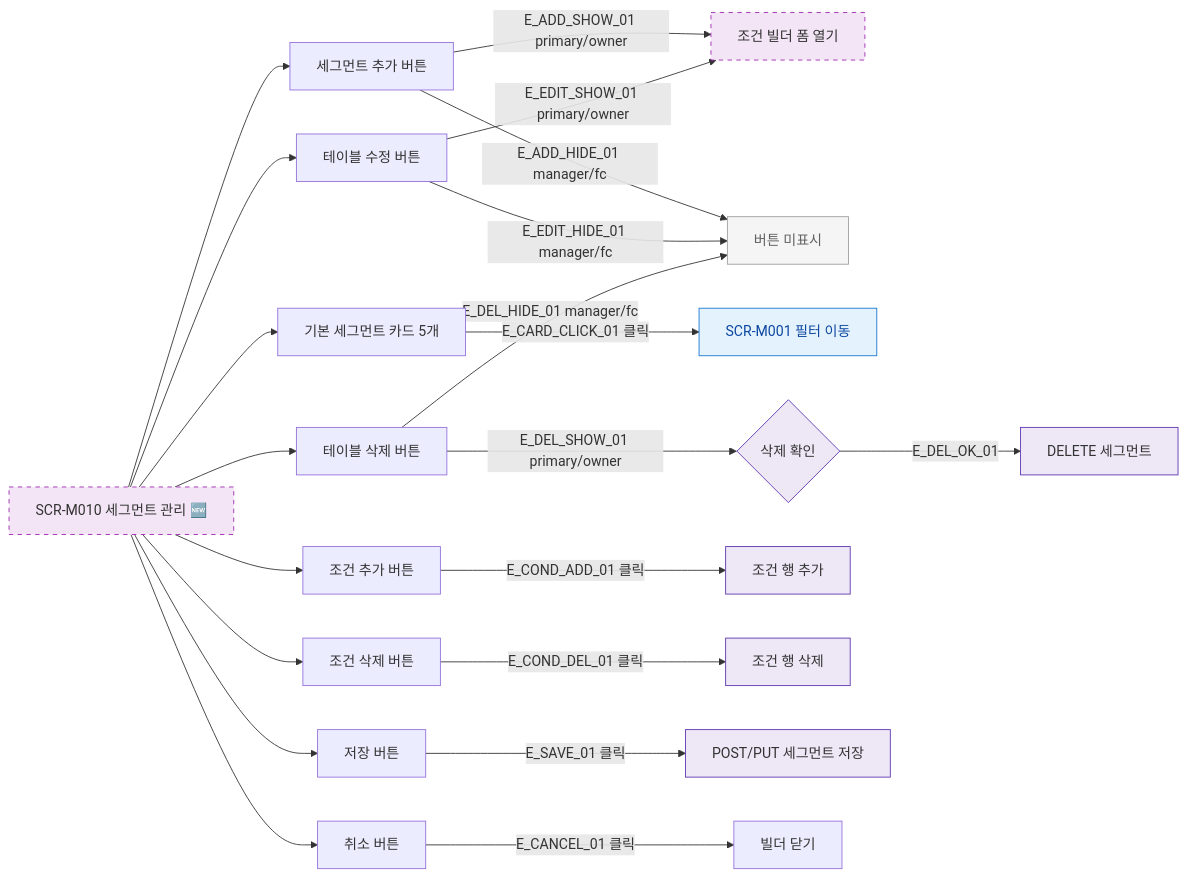
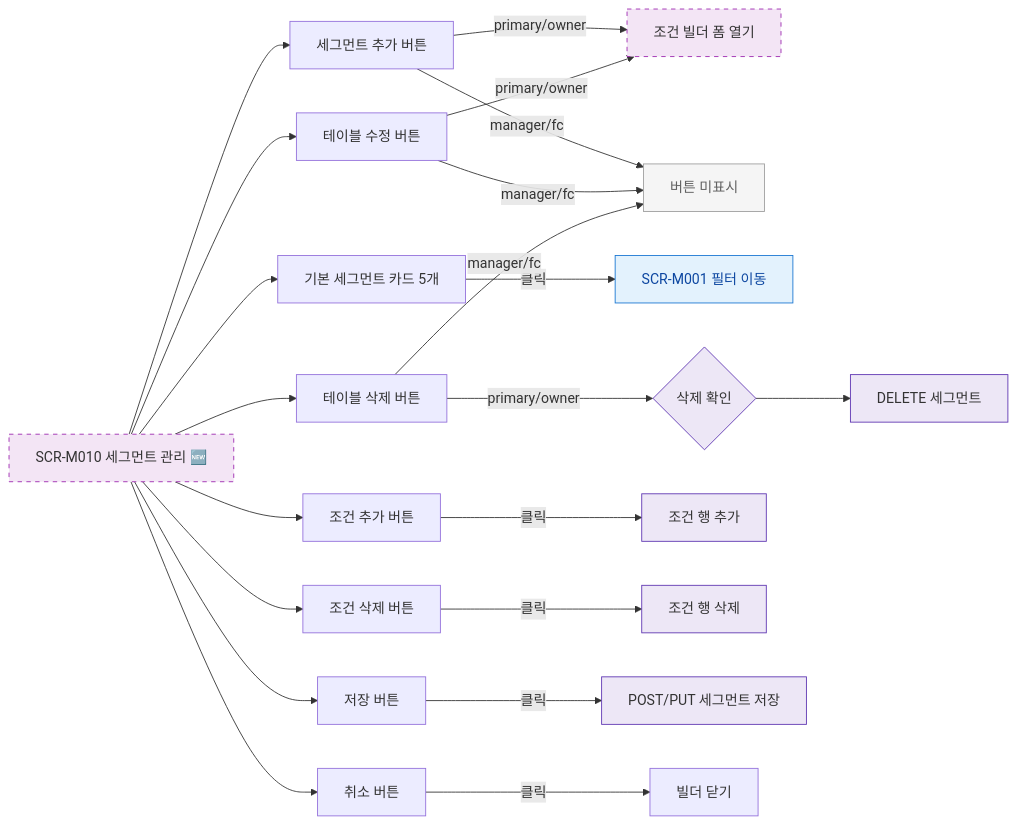
Before and after one commit to dev-spogym/admin-pando: the diagram in docs/다이어그램/D02_회원관리/SCR-M010_세그먼트관리/F3_버튼액션.md, drawn with Mermaid. The commit also changed other lines of this file and 1660 other files, not shown here.

First line of the commit message:
다이어그램: 기획자/클라이언트 납품본으로 정리

````diff
--- a/docs/다이어그램/D02_회원관리/SCR-M010_세그먼트관리/F3_버튼액션.md
+++ b/docs/다이어그램/D02_회원관리/SCR-M010_세그먼트관리/F3_버튼액션.md
@@ -22,41 +20,41 @@
 ```mermaid
 flowchart LR
   SCR_M010[SCR-M010 세그먼트 관리 🆕]
 
   SCR_M010 --> BTN_ADD_SEG[세그먼트 추가 버튼]
   SCR_M010 --> SYS_CARD[기본 세그먼트 카드 5개]
   SCR_M010 --> TBL_EDIT[테이블 수정 버튼]
   SCR_M010 --> TBL_DELETE[테이블 삭제 버튼]
   SCR_M010 --> BUILDER_ADD[조건 추가 버튼]
   SCR_M010 --> BUILDER_DEL[조건 삭제 버튼]
   SCR_M010 --> BUILDER_SAVE[저장 버튼]
   SCR_M010 --> BUILDER_CANCEL[취소 버튼]
 
-  BTN_ADD_SEG -->|E_ADD_SHOW_01 primary/owner| BUILDER_FORM[조건 빌더 폼 열기]
-  BTN_ADD_SEG -->|E_ADD_HIDE_01 manager/fc| BTN_HIDDEN[버튼 미표시]
+  BTN_ADD_SEG -->|primary/owner|BUILDER_FORM[조건 빌더 폼 열기]
+  BTN_ADD_SEG -->|manager/fc|BTN_HIDDEN[버튼 미표시]
 
-  SYS_CARD -->|E_CARD_CLICK_01 클릭| SCR_M001[SCR-M001 필터 이동]
+  SYS_CARD -->|클릭|SCR_M001[SCR-M001 필터 이동]
 
-  TBL_EDIT -->|E_EDIT_SHOW_01 primary/owner| BUILDER_FORM
-  TBL_EDIT -->|E_EDIT_HIDE_01 manager/fc| BTN_HIDDEN
+  TBL_EDIT -->|primary/owner|BUILDER_FORM
+  TBL_EDIT -->|manager/fc|BTN_HIDDEN
 
-  TBL_DELETE -->|E_DEL_SHOW_01 primary/owner| CONFIRM_DEL{삭제 확인}
-  TBL_DELETE -->|E_DEL_HIDE_01 manager/fc| BTN_HIDDEN
+  TBL_DELETE -->|primary/owner|CONFIRM_DEL{삭제 확인}
+  TBL_DELETE -->|manager/fc|BTN_HIDDEN
 
-  BUILDER_ADD  -->|E_COND_ADD_01 클릭| ADD_ROW[조건 행 추가]
-  BUILDER_DEL  -->|E_COND_DEL_01 클릭| DEL_ROW[조건 행 삭제]
-  BUILDER_SAVE -->|E_SAVE_01 클릭| API_SAVE[POST/PUT 세그먼트 저장]
-  BUILDER_CANCEL -->|E_CANCEL_01 클릭| CLOSE_BUILDER[빌더 닫기]
+  BUILDER_ADD -->|클릭|ADD_ROW[조건 행 추가]
+  BUILDER_DEL -->|클릭|DEL_ROW[조건 행 삭제]
+  BUILDER_SAVE -->|클릭|API_SAVE[POST/PUT 세그먼트 저장]
+  BUILDER_CANCEL -->|클릭|CLOSE_BUILDER[빌더 닫기]
 
-  CONFIRM_DEL -->|E_DEL_OK_01| API_DEL[DELETE 세그먼트]
+  CONFIRM_DEL --> API_DEL[DELETE 세그먼트]
 
-  classDef screen     fill:#E3F2FD,stroke:#1976D2,color:#0D47A1
+  classDef screen fill:#E3F2FD,stroke:#1976D2,color:#0D47A1
   classDef newFeature fill:#F3E5F5,stroke:#9C27B0,stroke-dasharray:5 5
-  classDef system     fill:#EDE7F6,stroke:#5E35B2
+  classDef system fill:#EDE7F6,stroke:#5E35B2
   classDef rbacBlocked fill:#F5F5F5,stroke:#9E9E9E,color:#616161
 
   class SCR_M001 screen
   class SCR_M010,BUILDER_FORM newFeature
   class CONFIRM_DEL,API_SAVE,API_DEL,ADD_ROW,DEL_ROW system
   class BTN_HIDDEN rbacBlocked
 ```
````
